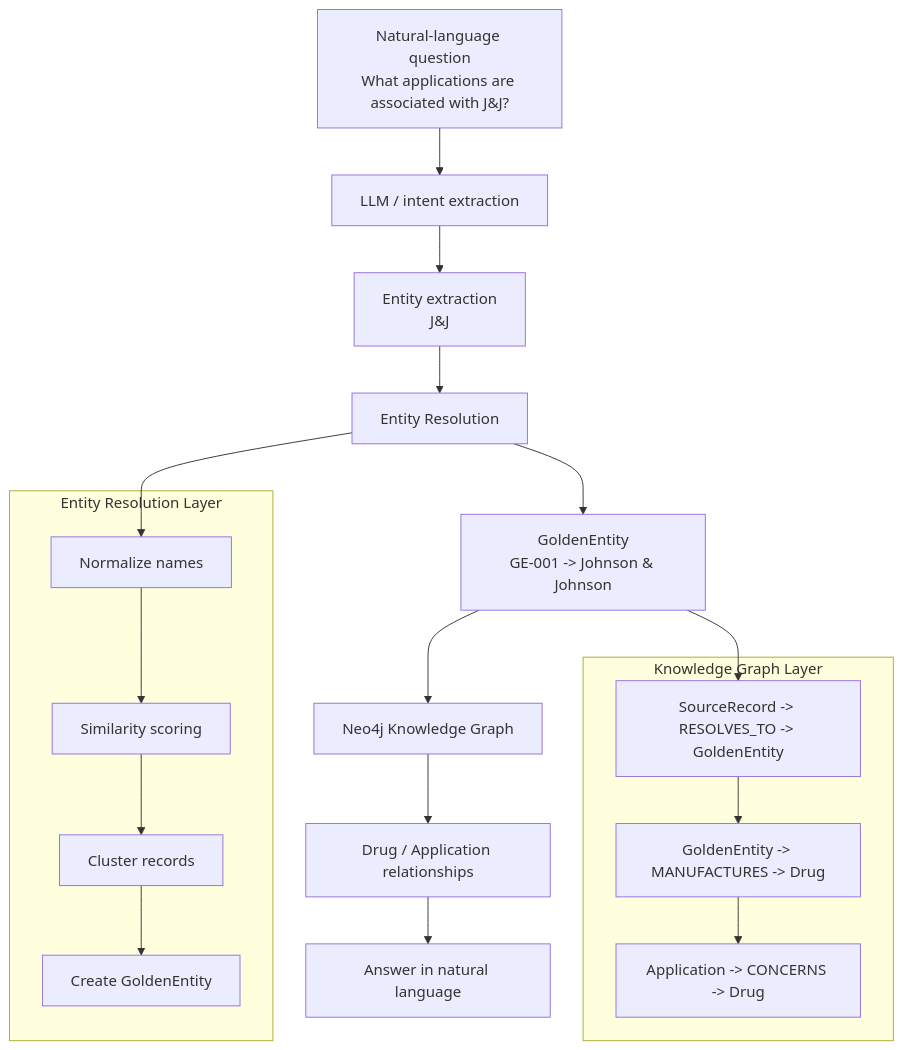
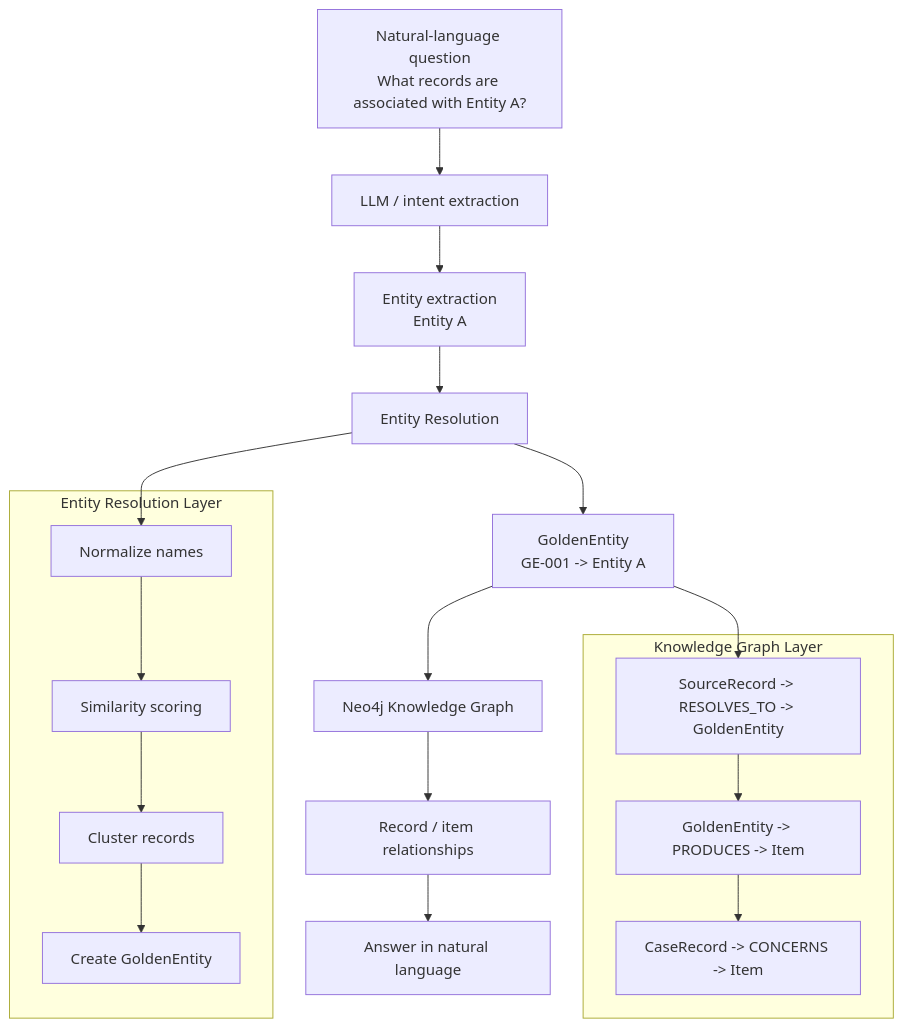
Before and after one commit to priyamenokey/MDM: the diagram in README.md, drawn with Mermaid. The commit also changed other lines of this file and 5 other files, not shown here.

Commit message:
Make project terminology neutral: entity, item, record instead of company, product, application

````diff
--- a/README.md
+++ b/README.md
@@ -14,29 +14,29 @@
 ```mermaid
 flowchart TD
-    A["Natural-language question<br/>What applications are associated with J&J?"] --> B[LLM / intent extraction]
-    B --> C["Entity extraction<br/>J&J"]
+    A["Natural-language question<br/>What records are associated with Entity A?"] --> B[LLM / intent extraction]
+    B --> C["Entity extraction<br/>Entity A"]
     C --> D[Entity Resolution]
-    D --> E["GoldenEntity<br/>GE-001 -> Johnson & Johnson"]
+    D --> E["GoldenEntity<br/>GE-001 -> Entity A"]
     E --> F[Neo4j Knowledge Graph]
-    F --> G[Drug / Application relationships]
+    F --> G[Record / item relationships]
     G --> H[Answer in natural language]
 
     subgraph ER[Entity Resolution Layer]
         D1[Normalize names]
         D2[Similarity scoring]
         D3[Cluster records]
         D4[Create GoldenEntity]
     end
 
     D --> D1
     D1 --> D2 --> D3 --> D4
 
     subgraph KG[Knowledge Graph Layer]
         K1[SourceRecord -> RESOLVES_TO -> GoldenEntity]
-        K2[GoldenEntity -> MANUFACTURES -> Drug]
-        K3[Application -> CONCERNS -> Drug]
+        K2[GoldenEntity -> PRODUCES -> Item]
+        K3[CaseRecord -> CONCERNS -> Item]
     end
 
     E --> K1
     K1 --> K2 --> K3
 ```
````
